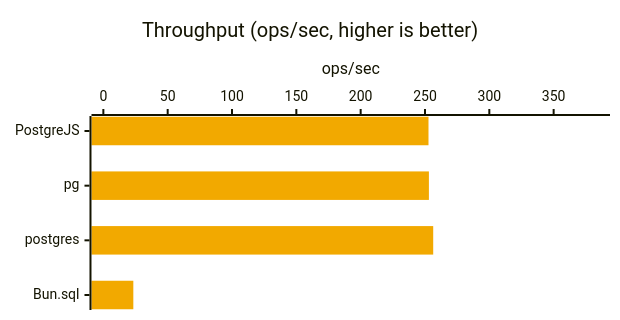
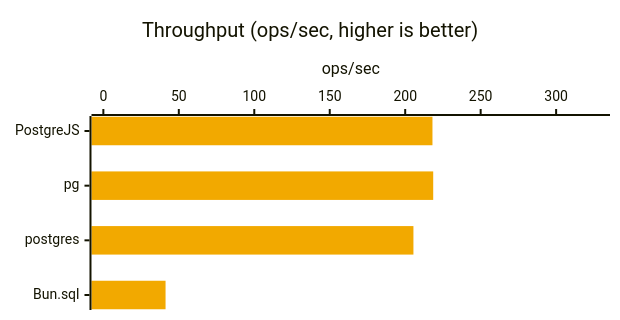
One commit to panates/postgrejs-doc changed the eighth of 56 diagrams in docs/getting-started/benchmarks-bun.md. Above: the diagram before and after it, drawn with Mermaid. The commit also changed other lines of this file and 13 other files, not shown here.

````diff
--- a/docs/getting-started/benchmarks-bun.md
+++ b/docs/getting-started/benchmarks-bun.md
@@ -248,8 +255,8 @@
 ```mermaid
 %%{init: {'xyChart': {'width': 600, 'height': 300, 'chartOrientation': 'horizontal'}, 'themeVariables': {'xyChart': {'plotColorPalette': '#f2a900'}}}}%%
 xychart-beta
     title "Throughput (ops/sec, higher is better)"
     x-axis ["PostgreJS", "pg", "postgres", "Bun.sql"]
-    y-axis "ops/sec" 0.0000 --> 384.5770
-    bar [252.7226, 253.0406, 256.3847, 23.2946]
+    y-axis "ops/sec" 0.0000 --> 327.8343
+    bar [218.0635, 218.5562, 205.4507, 41.2117]
 ```
````
